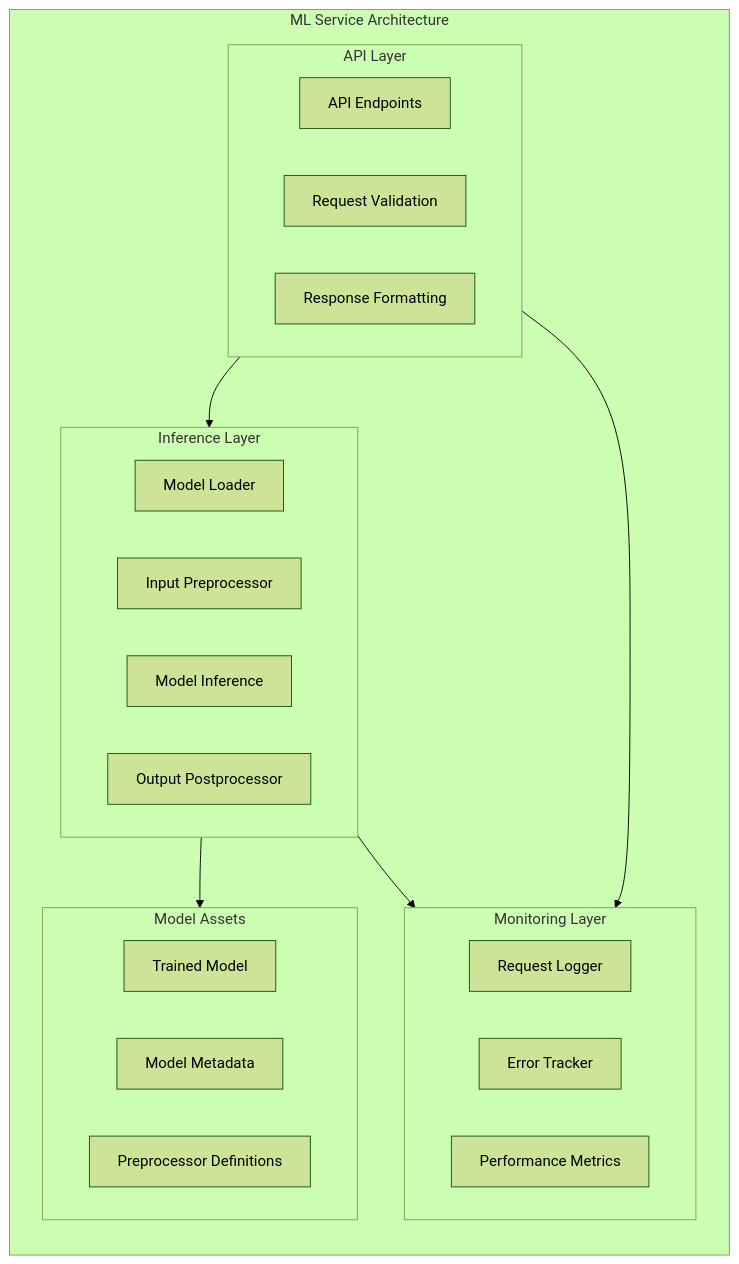
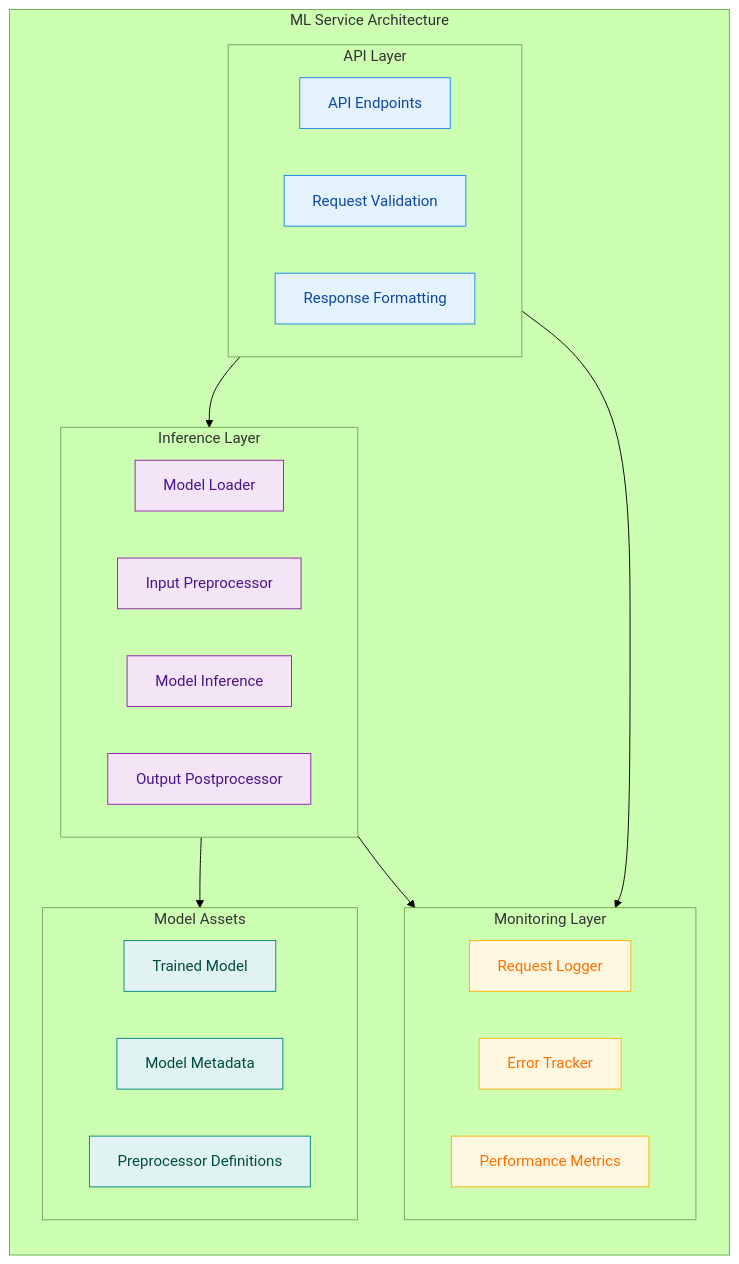
The sixth of 14 diagrams in README.md (AbdullahSaeed1211/temp), drawn with Mermaid (forest theme) before and after one commit. The commit also changed other lines of this file, not shown here.

````diff
--- a/README.md
+++ b/README.md
@@ -1342,36 +1357,41 @@
 ```mermaid
 flowchart TD
     subgraph MLService["ML Service Architecture"]
         direction TB
         
         subgraph API["API Layer"]
-            Endpoints[API Endpoints]
-            Validation[Request Validation]
-            ResponseFormat[Response Formatting]
+            Endpoints[API Endpoints]:::apiNode
+            Validation[Request Validation]:::apiNode
+            ResponseFormat[Response Formatting]:::apiNode
         end
         
         subgraph Inference["Inference Layer"]
-            ModelLoader[Model Loader]
-            Preprocessor[Input Preprocessor]
-            ModelInference[Model Inference]
-            Postprocessor[Output Postprocessor]
+            ModelLoader[Model Loader]:::inferenceNode
+            Preprocessor[Input Preprocessor]:::inferenceNode
+            ModelInference[Model Inference]:::inferenceNode
+            Postprocessor[Output Postprocessor]:::inferenceNode
         end
         
         subgraph Monitoring["Monitoring Layer"]
-            Logger[Request Logger]
-            ErrorTracker[Error Tracker]
-            PerformanceMetrics[Performance Metrics]
+            Logger[Request Logger]:::monitoringNode
+            ErrorTracker[Error Tracker]:::monitoringNode
+            PerformanceMetrics[Performance Metrics]:::monitoringNode
         end
         
         subgraph ModelAssets["Model Assets"]
-            TrainedModel[Trained Model]
-            Metadata[Model Metadata]
-            Preprocessors[Preprocessor Definitions]
+            TrainedModel[Trained Model]:::assetNode
+            Metadata[Model Metadata]:::assetNode
+            Preprocessors[Preprocessor Definitions]:::assetNode
         end
     end
     
     API --> Inference
     Inference --> ModelAssets
     API --> Monitoring
     Inference --> Monitoring
+    
+    classDef apiNode fill:#E3F2FD,stroke:#1E88E5,color:#0D47A1
+    classDef inferenceNode fill:#F3E5F5,stroke:#8E24AA,color:#4A148C
+    classDef monitoringNode fill:#FFF8E1,stroke:#FFB300,color:#FF6F00
+    classDef assetNode fill:#E0F2F1,stroke:#00897B,color:#004D40
 ```
````
